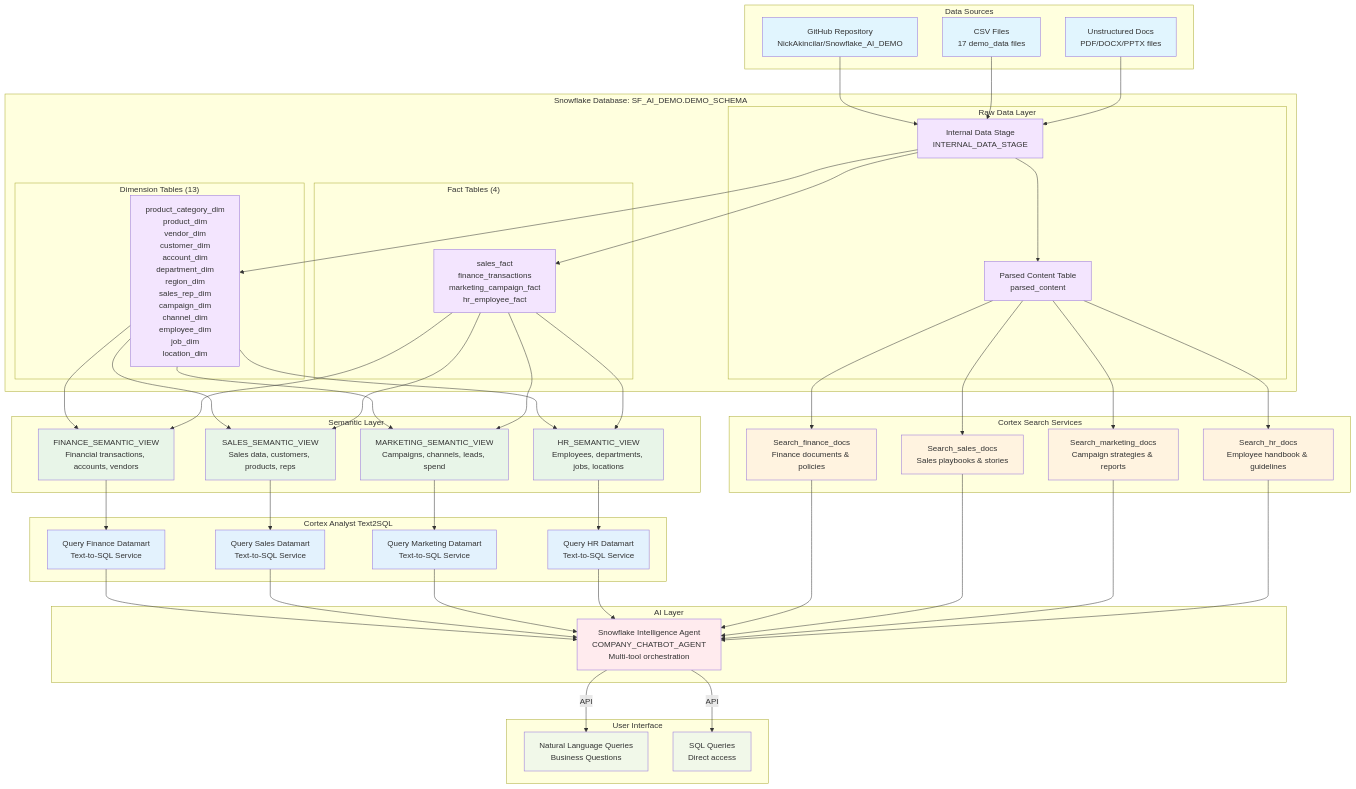
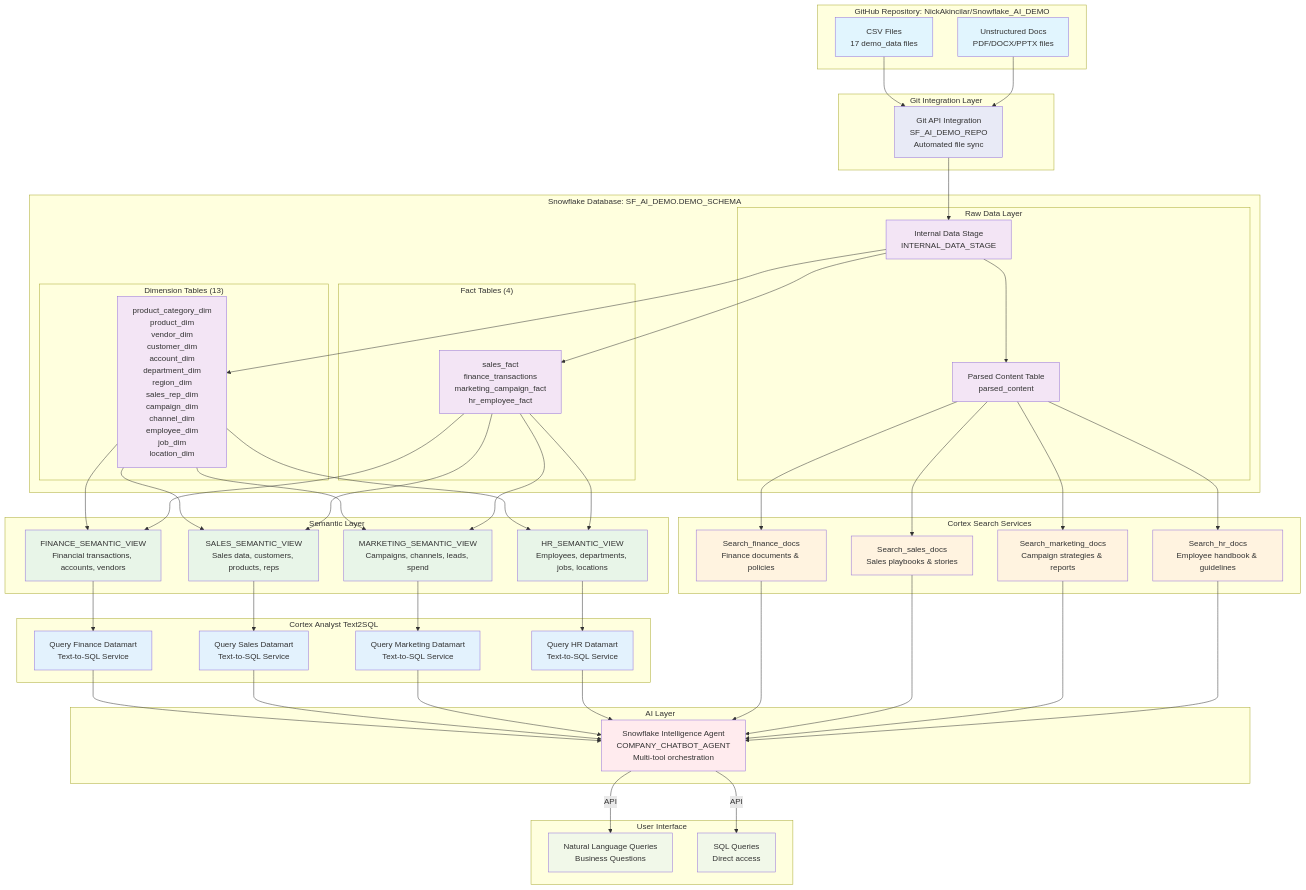
Before and after one commit to shabnam-b/Snowflake_AI_DEMO: the diagram in README.md, drawn with Mermaid. The commit also changed other lines of this file, not shown here.

````diff
--- a/README.md
+++ b/README.md
@@ -45,9 +45,12 @@
 ```mermaid
 graph TD
-    subgraph "Data Sources"
-        A[GitHub Repository<br/>NickAkincilar/Snowflake_AI_DEMO]
+    subgraph "GitHub Repository: NickAkincilar/Snowflake_AI_DEMO"
         B[CSV Files<br/>17 demo_data files]
         C[Unstructured Docs<br/>PDF/DOCX/PPTX files]
+    end
+
+    subgraph "Git Integration Layer"
+        A[Git API Integration<br/>SF_AI_DEMO_REPO<br/>Automated file sync]
     end
 
     subgraph "Snowflake Database: SF_AI_DEMO.DEMO_SCHEMA"
@@ -96,9 +99,9 @@
     end
 
     %% Data Flow
+    B --> A
+    C --> A
     A --> D
-    B --> D
-    C --> D
     D --> F
     D --> G
     D --> E
@@ -141,14 +144,16 @@
 
     %% Styling
     classDef dataSource fill:#e1f5fe
-    classDef database fill:#f3e5fe
+    classDef gitIntegration fill:#e8eaf6
+    classDef database fill:#f3e5f5
     classDef semantic fill:#e8f5e8
     classDef analyst fill:#e3f2fd
     classDef search fill:#fff3e0
     classDef agent fill:#ffebee
     classDef user fill:#f1f8e9
     
-    class A,B,C dataSource
+    class B,C dataSource
+    class A gitIntegration
     class D,E,F,G database
     class H,I,J,K semantic
     class S,T,U,V analyst
````
